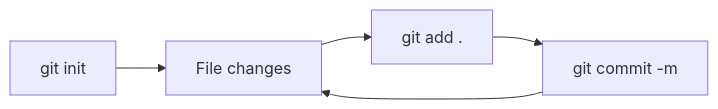
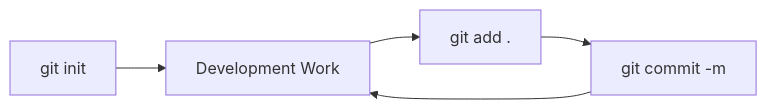
Before and after one commit to craigbruenderman/blog: the second of 2 diagrams in content/posts/git-part-1/index.md, drawn with Mermaid. The commit also changed other lines of this file and 3 other files, not shown here.

```diff
--- a/content/posts/git-part-1/index.md
+++ b/content/posts/git-part-1/index.md
@@ -111,4 +120,4 @@
 {{< mermaid >}}
 graph LR;
-A[git init]-->B[File changes]-->C[git add .]-->D[git commit -m]-->B;
+A[git init]-->B[Development Work]-->C[git add .]-->D[git commit -m]-->B;
 {{< /mermaid >}}
```
